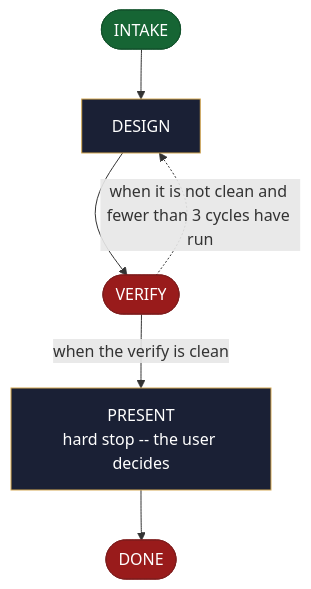
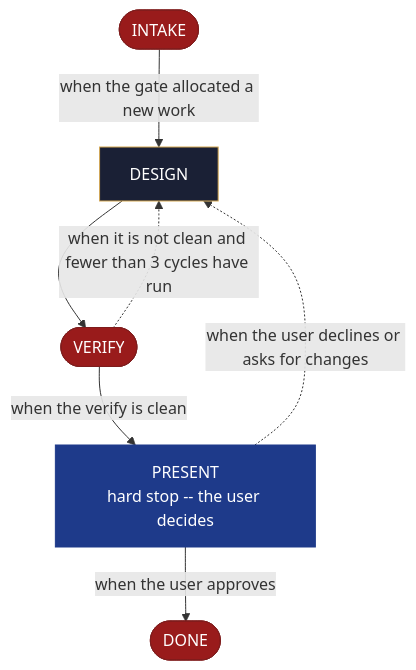
One commit to AndreVianna/aid-methodology changed the diagram in site/src/content/docs/skills/aid-brainstorm.md. Above: the diagram before and after it, drawn with Mermaid. The commit also changed other lines of this file and 253 other files, not shown here.

````diff
--- a/site/src/content/docs/skills/aid-brainstorm.md
+++ b/site/src/content/docs/skills/aid-brainstorm.md
@@ -20,29 +20,30 @@
 ```mermaid
 flowchart TB
   classDef aidNode color:#fff
   classDef aidEntry fill:#166534,stroke:#14532d,color:#fff
   classDef aidExit fill:#991b1b,stroke:#7f1d1d,color:#fff
   classDef aidDecision fill:#92400e,stroke:#78350f,color:#fff
   classDef aidLoopBack fill:#1e3a8a,stroke:#1e3a8a,color:#fff
   classDef aidStep fill:#1a2035,stroke:#d4a853,color:#f1f5f9
   n1(["INTAKE"])
   n2["DESIGN"]
   n3(["VERIFY"])
   n4["PRESENT<br/>hard stop -- the user decides"]
   n5(["DONE"])
-  n1 --> n2
+  n1 -->|"when the gate allocated a new work"| n2
   n2 --> n3
   n3 -. "when it is not clean and fewer than 3 cycles have run" .-> n2
   n3 -->|"when the verify is clean"| n4
-  n4 --> n5
-  class n1 aidEntry
+  n4 -. "when the user declines or asks for changes" .-> n2
+  n4 -->|"when the user approves"| n5
+  class n1 aidExit
   class n2 aidStep
   class n3 aidExit
-  class n4 aidStep
+  class n4 aidLoopBack
   class n5 aidExit
   class n1 aidNode
   class n2 aidNode
   class n3 aidNode
   class n4 aidNode
   class n5 aidNode
 ```
````
